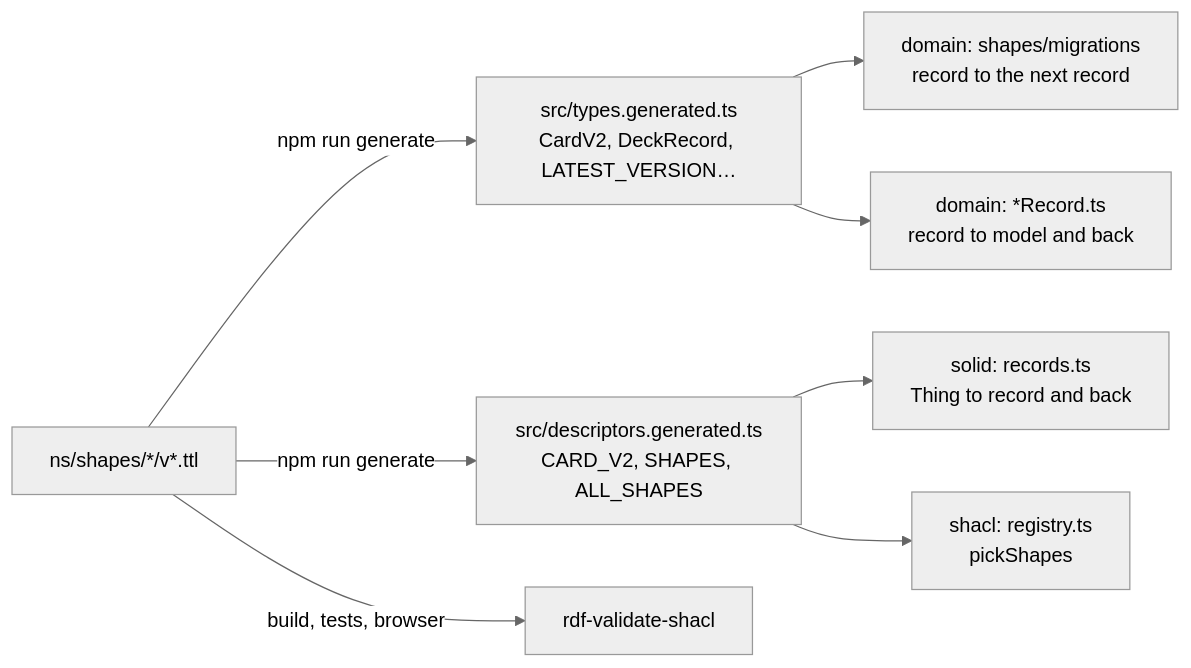
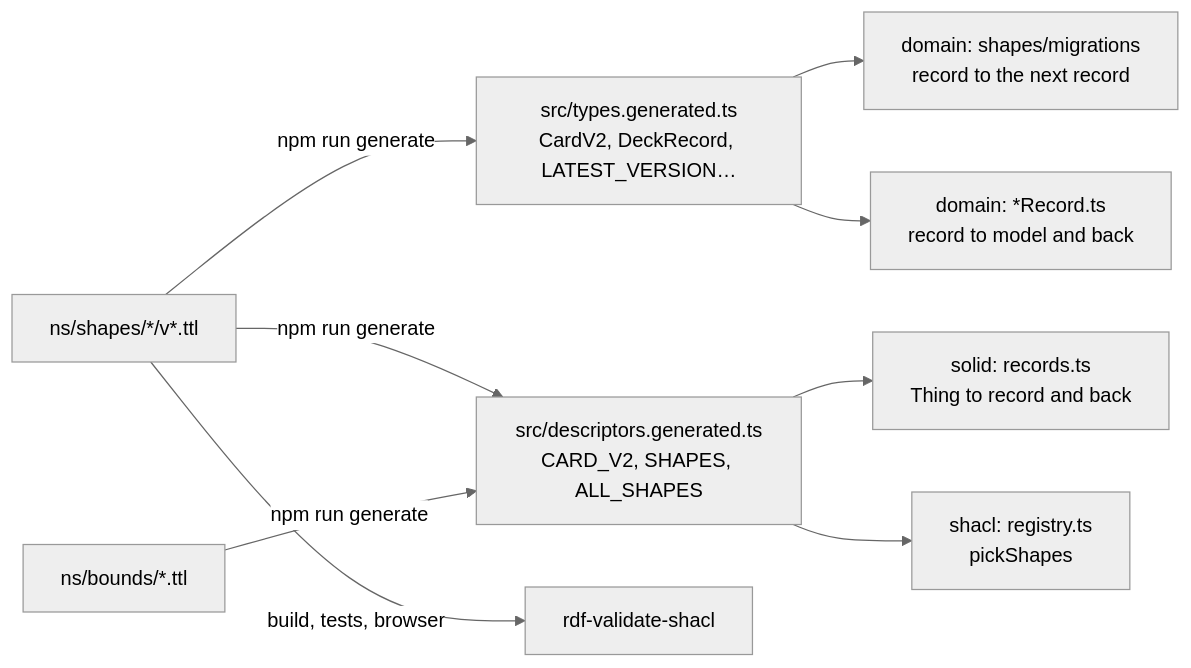
Before and after one commit to solid-memo/website: the diagram in docs/shapes.md, drawn with Mermaid (neutral theme). The commit also changed other lines of this file and 42 other files, not shown here.

````diff
--- a/docs/shapes.md
+++ b/docs/shapes.md
@@ -212,12 +216,13 @@
 ```mermaid
 flowchart LR
     accTitle: What the shapes generate
-    accDescr: npm run generate turns the shapes into types and descriptors, which the migrations, the records, the mappers and the shape registry use.
+    accDescr: npm run generate turns the shapes and their bounds into types and descriptors, which the migrations, the records, the mappers and the shape registry use.
     shapes["ns/shapes/*/v*.ttl"] -->|npm run generate| types["src/types.generated.ts<br/>CardV2, DeckRecord, LATEST_VERSION…"]
     shapes -->|npm run generate| desc["src/descriptors.generated.ts<br/>CARD_V2, SHAPES, ALL_SHAPES"]
+    bounds["ns/bounds/*.ttl"] -->|npm run generate| desc
     types --> migrations["domain: shapes/migrations<br/>record to the next record"]
     types --> records["domain: *Record.ts<br/>record to model and back"]
     desc --> rw["solid: records.ts<br/>Thing to record and back"]
     desc --> pick["shacl: registry.ts<br/>pickShapes"]
     shapes -->|build, tests, browser| shacl["rdf-validate-shacl"]
 ```
````
